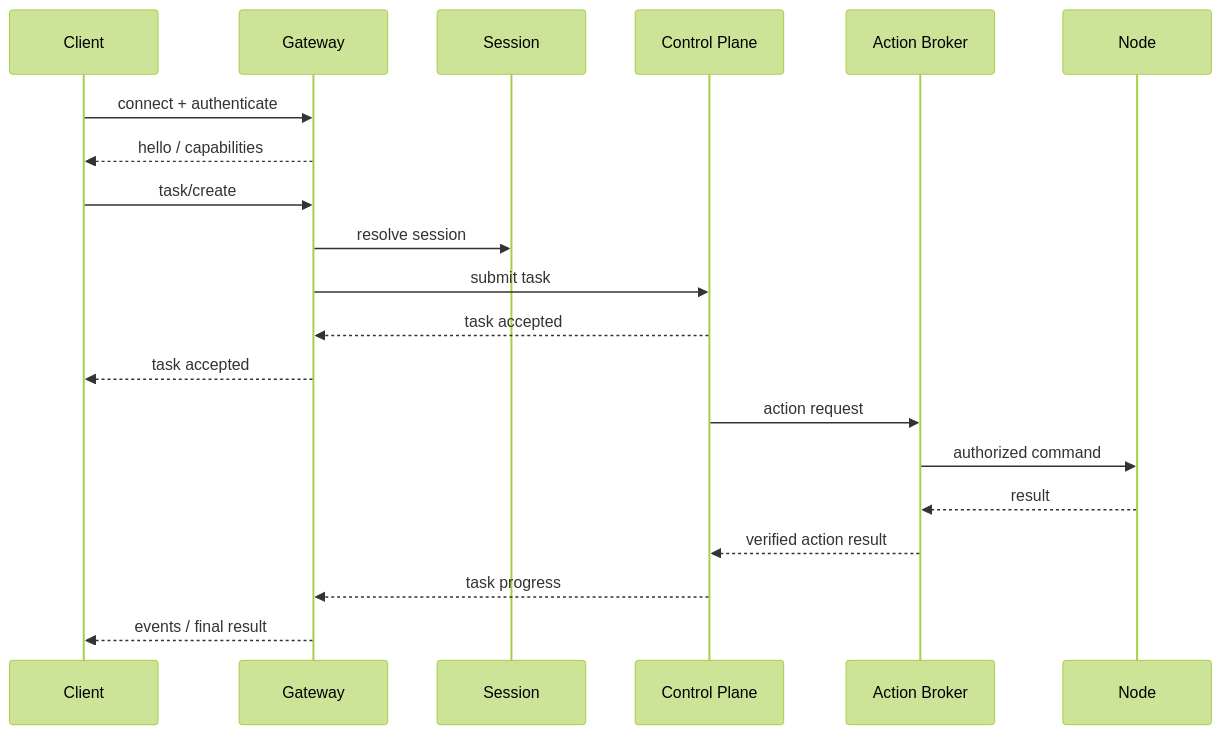
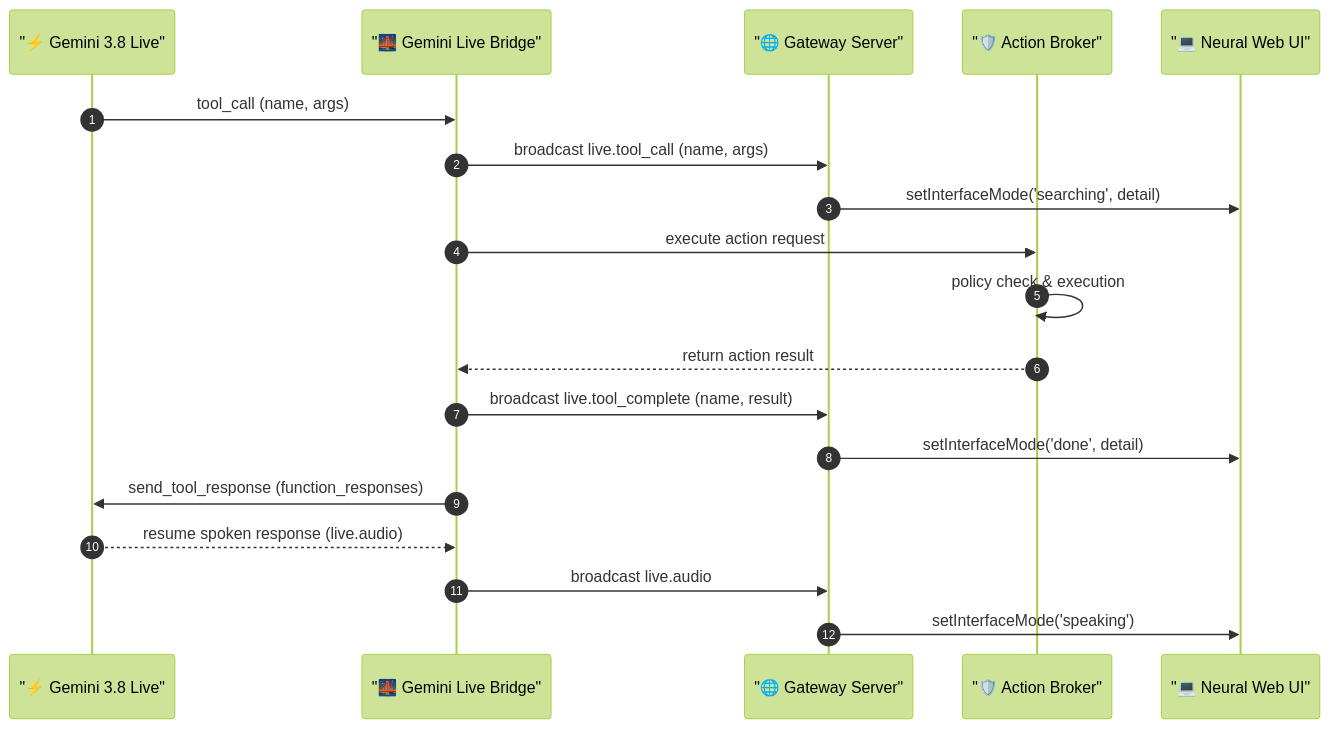
Before and after one commit to deepakrakshit/jarvis-ai: the second of 10 diagrams in ARCHITECTURE.md, drawn with Mermaid (forest theme). The commit also changed other lines of this file and 40 other files, not shown here.

Commit message:
feat(core): overhaul architecture and governance docs, refine voice UI and protocol events

````diff
--- a/ARCHITECTURE.md
+++ b/ARCHITECTURE.md
@@ -1320,23 +143,22 @@
 ```mermaid
 sequenceDiagram
-    participant C as Client
-    participant G as Gateway
-    participant S as Session
-    participant CP as Control Plane
-    participant AB as Action Broker
-    participant N as Node
+    autonumber
+    participant GEM as "⚡ Gemini 3.8 Live"
+    participant BRG as "🌉 Gemini Live Bridge"
+    participant GW as "🌐 Gateway Server"
+    participant AB as "🛡️ Action Broker"
+    participant UI as "💻 Neural Web UI"
 
-    C->>G: connect + authenticate
-    G-->>C: hello / capabilities
-    C->>G: task/create
-    G->>S: resolve session
-    G->>CP: submit task
-    CP-->>G: task accepted
-    G-->>C: task accepted
-    CP->>AB: action request
-    AB->>N: authorized command
-    N-->>AB: result
-    AB-->>CP: verified action result
-    CP-->>G: task progress
-    G-->>C: events / final result
+    GEM->>BRG: tool_call (name, args)
+    BRG->>GW: broadcast live.tool_call (name, args)
+    GW->>UI: setInterfaceMode('searching', detail)
+    BRG->>AB: execute action request
+    AB->>AB: policy check & execution
+    AB-->>BRG: return action result
+    BRG->>GW: broadcast live.tool_complete (name, result)
+    GW->>UI: setInterfaceMode('done', detail)
+    BRG->>GEM: send_tool_response (function_responses)
+    GEM-->>BRG: resume spoken response (live.audio)
+    BRG->>GW: broadcast live.audio
+    GW->>UI: setInterfaceMode('speaking')
 ```
````
